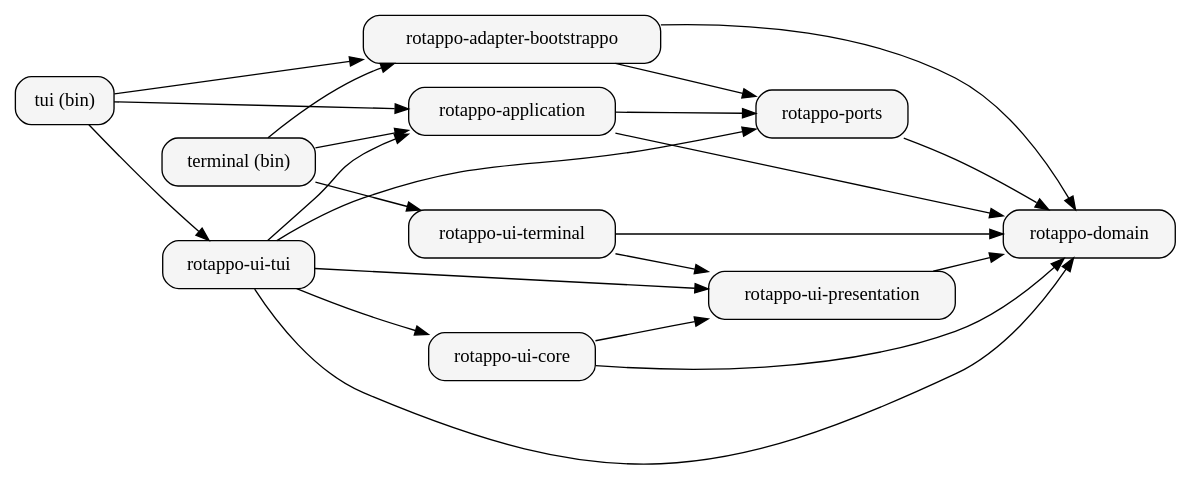
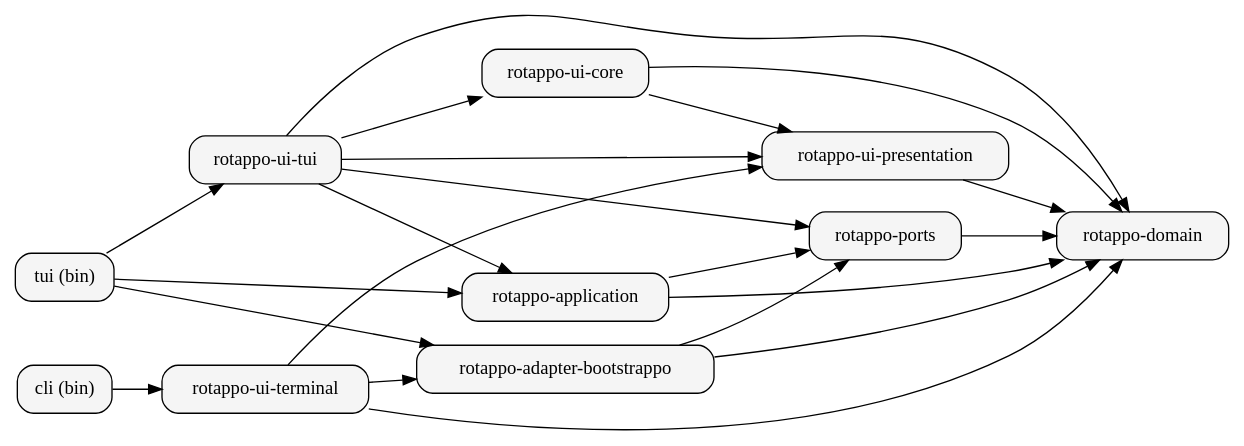
The diagram in docs/architecture/ARCH-3-crate-map.dot (obaven/rotappo), drawn with Graphviz before and after one commit. The commit also changed 161 other files, not shown here.

```diff
--- a/docs/architecture/ARCH-3-crate-map.dot
+++ b/docs/architecture/ARCH-3-crate-map.dot
@@ -1,37 +1,36 @@
 digraph CrateMap {
   rankdir=LR;
   node [shape=box, style="rounded,filled", fillcolor="#f5f5f5"];
 
   domain [label="rotappo-domain"];
   ports [label="rotappo-ports"];
   application [label="rotappo-application"];
   presentation [label="rotappo-ui-presentation"];
   ui_core [label="rotappo-ui-core"];
   terminal_iface [label="rotappo-ui-terminal"];
   tui_iface [label="rotappo-ui-tui"];
   adapter_bootstrappo [label="rotappo-adapter-bootstrappo"];
-  bin_terminal [label="terminal (bin)"];
+  bin_bootstrappo [label="cli (bin)"];
   bin_tui [label="tui (bin)"];
 
   ports -> domain;
   application -> domain;
   application -> ports;
   presentation -> domain;
   ui_core -> domain;
   ui_core -> presentation;
   terminal_iface -> domain;
   terminal_iface -> presentation;
+  terminal_iface -> adapter_bootstrappo;
   tui_iface -> application;
   tui_iface -> domain;
   tui_iface -> ports;
   tui_iface -> presentation;
   tui_iface -> ui_core;
   adapter_bootstrappo -> domain;
   adapter_bootstrappo -> ports;
-  bin_terminal -> terminal_iface;
-  bin_terminal -> adapter_bootstrappo;
-  bin_terminal -> application;
+  bin_bootstrappo -> terminal_iface;
   bin_tui -> tui_iface;
   bin_tui -> adapter_bootstrappo;
   bin_tui -> application;
 }
```
